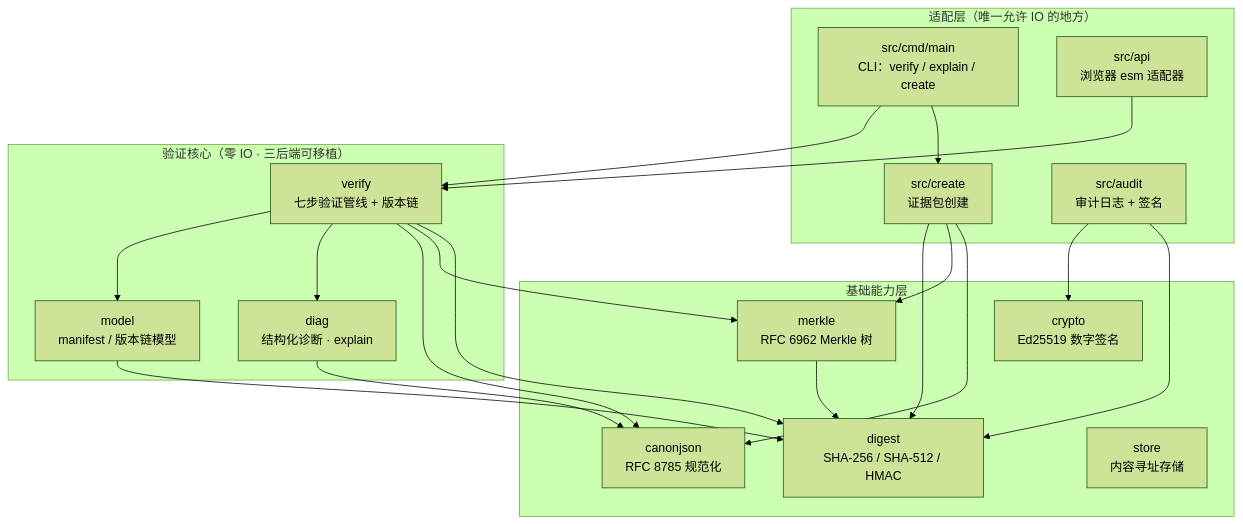
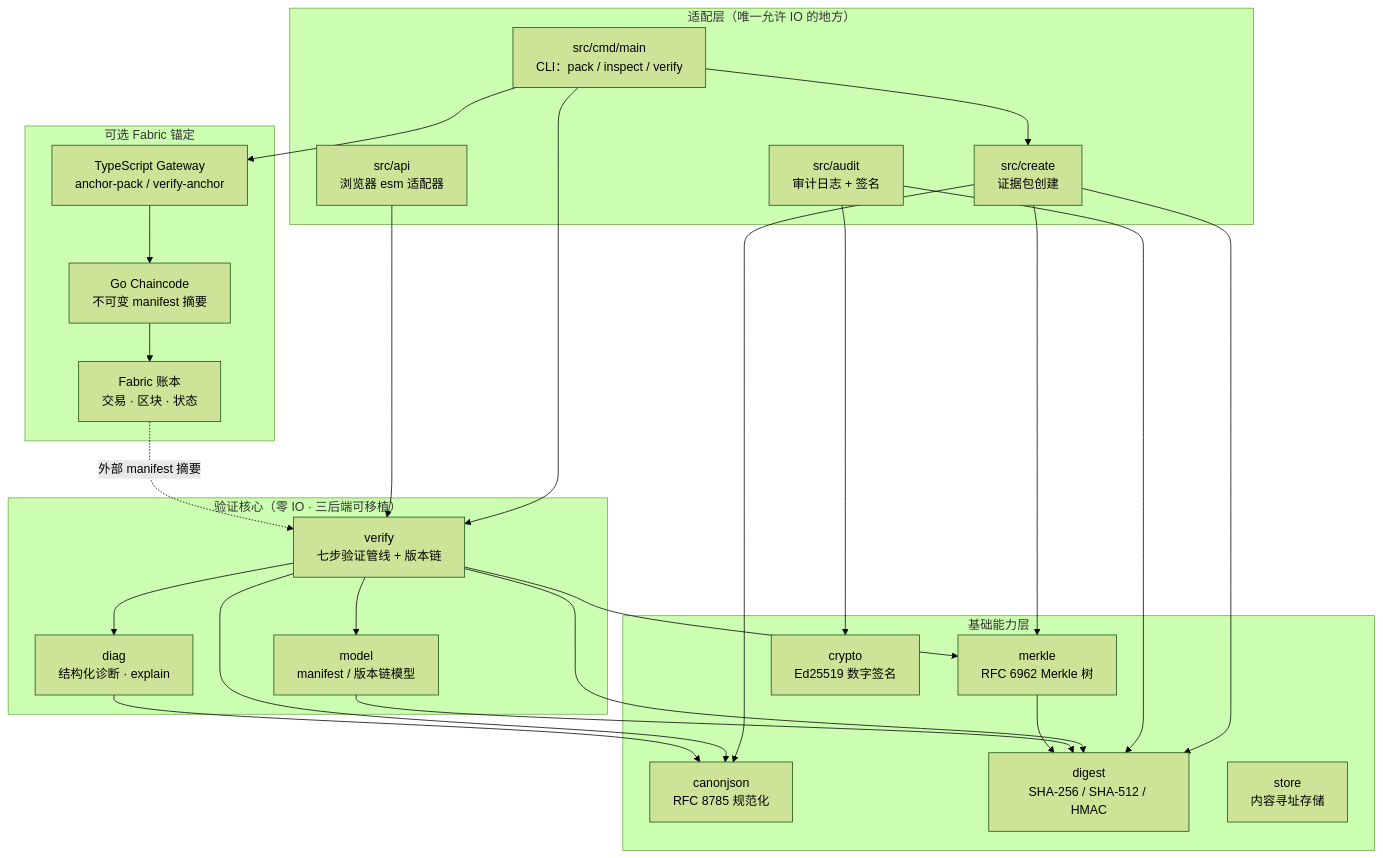
The diagram in README.zh.md (wenlittle/MoonEvidence), drawn with Mermaid (forest theme) before and after one commit. The commit also changed other lines of this file and 30 other files, not shown here.

Commit message:
docs(fabric): record two-organization anchor verification

````diff
--- a/README.zh.md
+++ b/README.zh.md
@@ -112,37 +118,46 @@
 ```mermaid
 graph TD
   subgraph adapters["适配层（唯一允许 IO 的地方）"]
-    CLI["src/cmd/main<br/>CLI：verify / explain / create"]
+    CLI["src/cmd/main<br/>CLI：pack / inspect / verify"]
     API["src/api<br/>浏览器 esm 适配器"]
     CREATE["src/create<br/>证据包创建"]
     AUDIT["src/audit<br/>审计日志 + 签名"]
+  end
+  subgraph ledger["可选 Fabric 锚定"]
+    GATEWAY["TypeScript Gateway<br/>anchor-pack / verify-anchor"]
+    CHAINCODE["Go Chaincode<br/>不可变 manifest 摘要"]
+    FABRIC["Fabric 账本<br/>交易 · 区块 · 状态"]
   end
   subgraph core["验证核心（零 IO · 三后端可移植）"]
     VERIFY["verify<br/>七步验证管线 + 版本链"]
     MODEL["model<br/>manifest / 版本链模型"]
     DIAG["diag<br/>结构化诊断 · explain"]
   end
   subgraph foundation["基础能力层"]
     CANON["canonjson<br/>RFC 8785 规范化"]
     DIGEST["digest<br/>SHA-256 / SHA-512 / HMAC"]
     MERKLE["merkle<br/>RFC 6962 Merkle 树"]
     CRYPTO["crypto<br/>Ed25519 数字签名"]
     STORE["store<br/>内容寻址存储"]
   end
   CLI --> VERIFY
   CLI --> CREATE
   API --> VERIFY
   CREATE --> DIGEST
   CREATE --> MERKLE
   CREATE --> CANON
   AUDIT --> CRYPTO
   AUDIT --> DIGEST
   VERIFY --> MODEL
   VERIFY --> DIAG
   VERIFY --> CANON
   VERIFY --> MERKLE
   VERIFY --> DIGEST
   MODEL --> DIGEST
   MERKLE --> DIGEST
   DIAG --> CANON
+  CLI --> GATEWAY
+  GATEWAY --> CHAINCODE
+  CHAINCODE --> FABRIC
+  FABRIC -. 外部 manifest 摘要 .-> VERIFY
 ```
````
